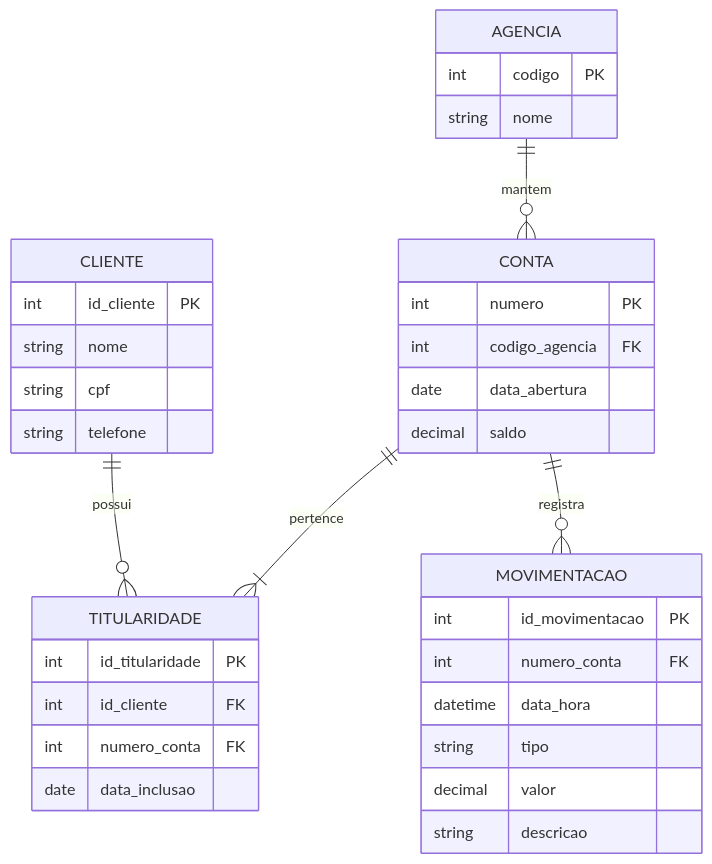
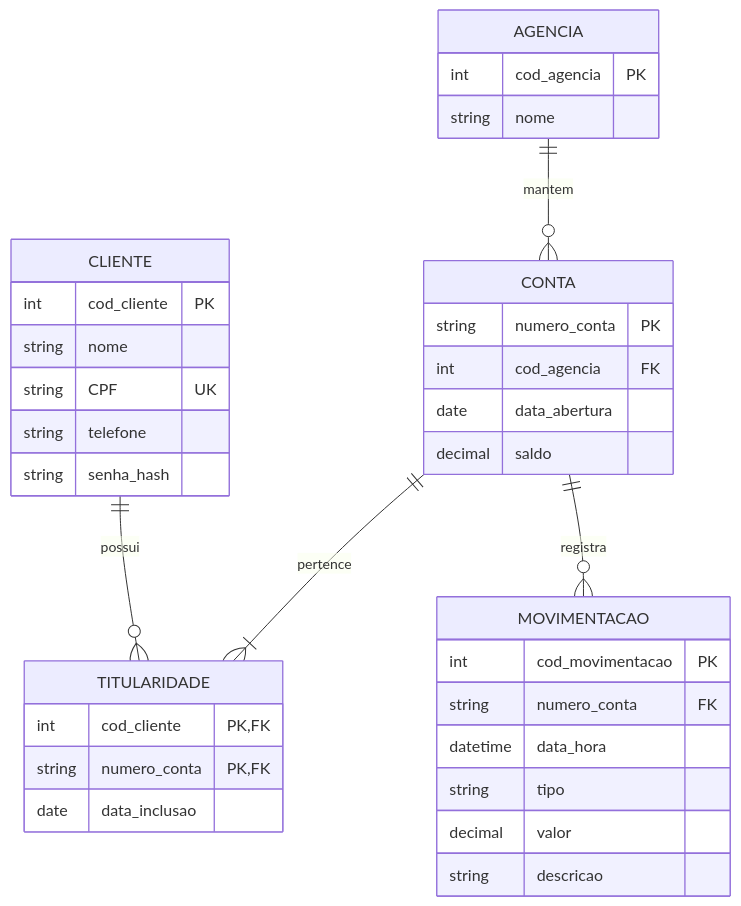
Before and after one commit to NathaliaGongora/Exercicios_Faculdade: the diagram in SegundoSemestre/BancoDeDados/ModelagemDeDados/Exercicio09.md, drawn with Mermaid. The commit also changed other lines of this file and 3 other files, not shown here.

````diff
--- a/SegundoSemestre/BancoDeDados/ModelagemDeDados/Exercicio09.md
+++ b/SegundoSemestre/BancoDeDados/ModelagemDeDados/Exercicio09.md
@@ -5,38 +13,38 @@
 ```mermaid
 erDiagram
     AGENCIA ||--o{ CONTA : mantem
     CLIENTE ||--o{ TITULARIDADE : possui
     CONTA ||--|{ TITULARIDADE : pertence
     CONTA ||--o{ MOVIMENTACAO : registra
 
     AGENCIA {
-        int codigo PK
+        int cod_agencia PK
         string nome
     }
     CLIENTE {
-        int id_cliente PK
+        int cod_cliente PK
         string nome
-        string cpf
+        string CPF UK
         string telefone
+        string senha_hash
     }
     CONTA {
-        int numero PK
-        int codigo_agencia FK
+        string numero_conta PK
+        int cod_agencia FK
         date data_abertura
         decimal saldo
     }
     TITULARIDADE {
-        int id_titularidade PK
-        int id_cliente FK
-        int numero_conta FK
+        int cod_cliente PK, FK
+        string numero_conta PK, FK
         date data_inclusao
     }
     MOVIMENTACAO {
-        int id_movimentacao PK
-        int numero_conta FK
+        int cod_movimentacao PK
+        string numero_conta FK
         datetime data_hora
         string tipo
         decimal valor
         string descricao
     }
 ```
````
